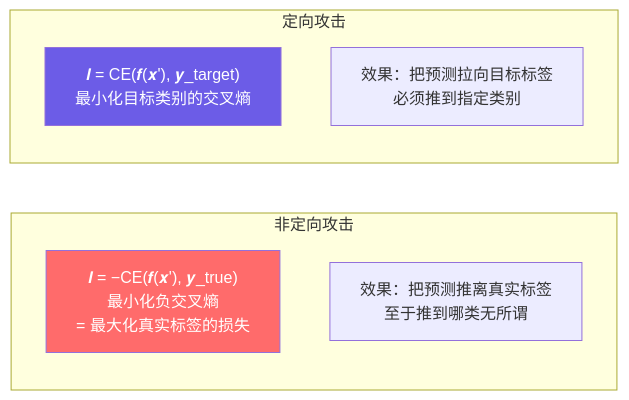
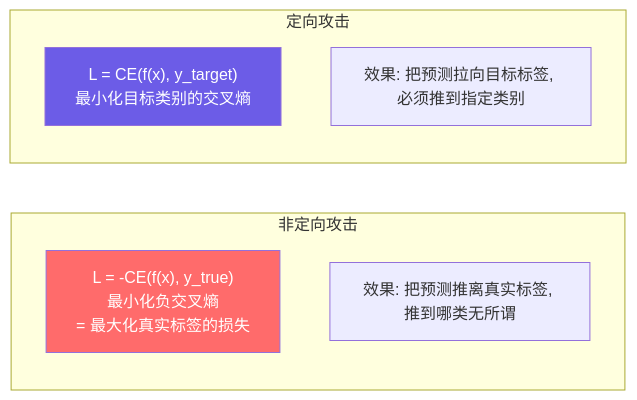
Before and after one commit to CuteCuteYu/gbda_text_attack: the third of 14 diagrams in README.md, drawn with Mermaid. The commit also changed other lines of this file, not shown here.

````diff
--- a/README.md
+++ b/README.md
@@ -338,14 +338,14 @@
 ```mermaid
 flowchart LR
-    subgraph 非定向攻击
-        ND["𝒍 = −CE(𝒇(𝒙'), 𝒚_true)<br/>最小化负交叉熵<br/>= 最大化真实标签的损失"]
-        ND_R["效果：把预测推离真实标签<br/>至于推到哪类无所谓"]
+    subgraph ND_sub["非定向攻击"]
+        ND["L = -CE(f(x), y_true)<br/>最小化负交叉熵<br/>= 最大化真实标签的损失"]
+        ND_R["效果: 把预测推离真实标签, 推到哪类无所谓"]
     end
-    subgraph 定向攻击
-        D["𝒍 = CE(𝒇(𝒙'), 𝒚_target)<br/>最小化目标类别的交叉熵"]
-        D_R["效果：把预测拉向目标标签<br/>必须推到指定类别"]
+    subgraph D_sub["定向攻击"]
+        D["L = CE(f(x), y_target)<br/>最小化目标类别的交叉熵"]
+        D_R["效果: 把预测拉向目标标签, 必须推到指定类别"]
     end
 
     style ND fill:#ff6b6b,color:#fff
     style D fill:#6c5ce7,color:#fff
 ```
````
